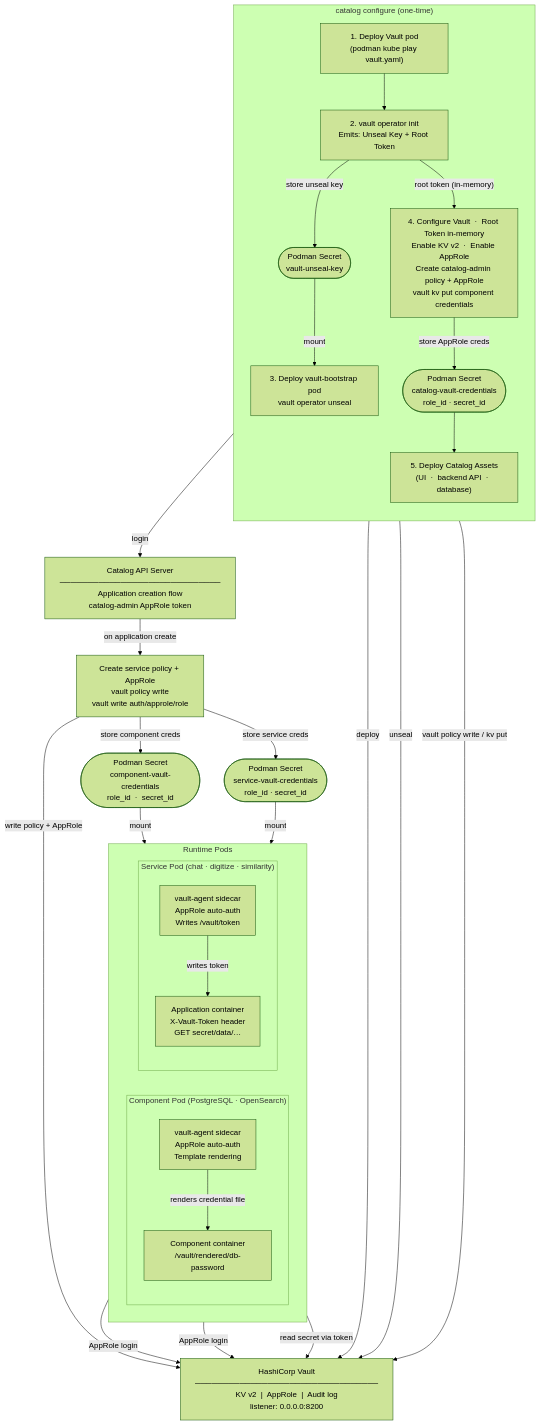
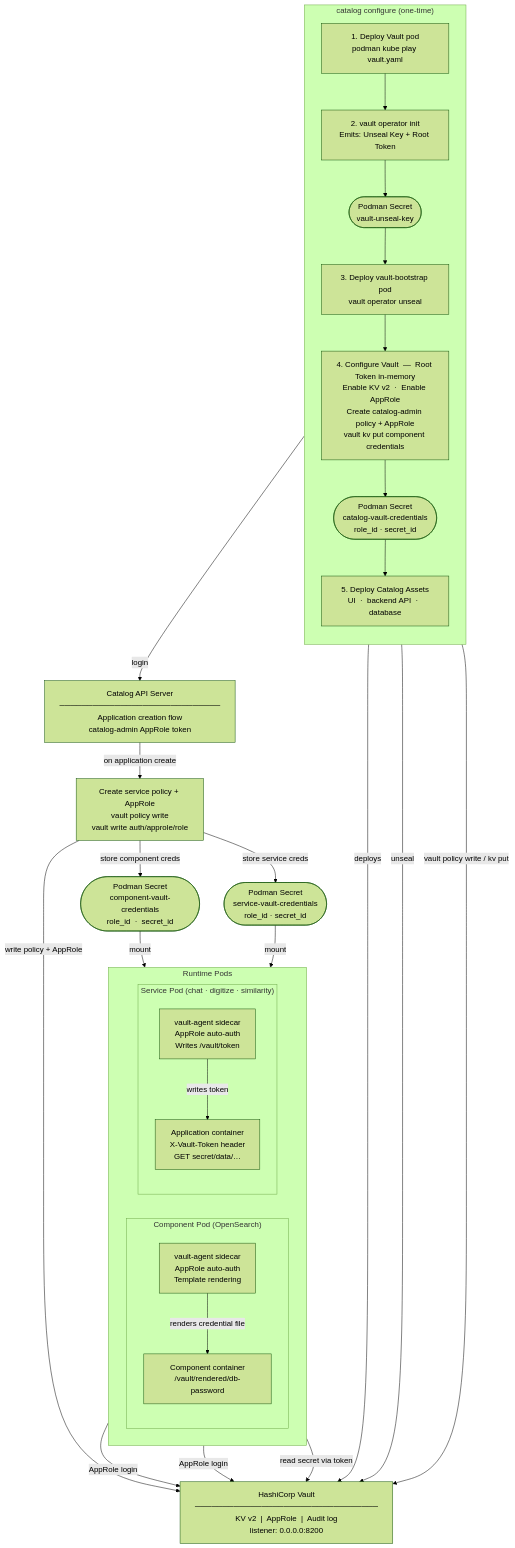
Before and after one commit to mayuka-c/project-ai-services: the diagram in docs/proposals/catalog/vault-secret-management-proposal.md, drawn with Mermaid (forest theme).

Commit message:
Update Architecture Overview - 2

````diff
--- a/docs/proposals/catalog/vault-secret-management-proposal.md
+++ b/docs/proposals/catalog/vault-secret-management-proposal.md
@@ -91,17 +91,23 @@
 ```mermaid
 flowchart TD
+    %% ── HashiCorp Vault — layout anchor ─────────────────────────
+    V["HashiCorp Vault
+─────────────────────────────────
+KV v2  |  AppRole  |  Audit log
+listener: 0.0.0.0:8200"]
+
     %% ── catalog configure — one-time setup ──────────────────────
     subgraph CC["catalog configure  (one-time)"]
         direction TB
         DEPLOY["1. Deploy Vault pod
-(podman kube play vault.yaml)"]
+podman kube play vault.yaml"]
         INIT["2. vault operator init
 Emits: Unseal Key + Root Token"]
         PS_UK(["Podman Secret
 vault-unseal-key"])
         BP["3. Deploy vault-bootstrap pod
 vault operator unseal"]
-        CFG["4. Configure Vault  ·  Root Token in-memory
+        CFG["4. Configure Vault  —  Root Token in-memory
 Enable KV v2  ·  Enable AppRole
 Create catalog-admin policy + AppRole
 vault kv put component credentials"]
@@ -109,23 +115,17 @@
 catalog-vault-credentials
 role_id  ·  secret_id"])
         ASSETS["5. Deploy Catalog Assets
-(UI  ·  backend API  ·  database)"]
+UI  ·  backend API  ·  database"]
 
         DEPLOY --> INIT
-        INIT   -->|"store unseal key"| PS_UK
-        PS_UK  -->|mount| BP
-        INIT   -->|"root token (in-memory)"| CFG
-        CFG    -->|"store AppRole creds"| PS_CAT
+        INIT   --> PS_UK
+        PS_UK  --> BP
+        BP     --> CFG
+        CFG    --> PS_CAT
         PS_CAT --> ASSETS
     end
 
-    %% ── HashiCorp Vault — central store ─────────────────────────
-    V["HashiCorp Vault
-─────────────────────────────────
-KV v2  |  AppRole  |  Audit log
-listener: 0.0.0.0:8200"]
-
-    DEPLOY -->|"deploy"| V
+    DEPLOY -->|"deploys"| V
     BP     -->|"unseal"| V
     CFG    -->|"vault policy write / kv put"| V
 
@@ -154,7 +154,7 @@
     subgraph PODS["Runtime Pods"]
         direction LR
 
-        subgraph COMP_POD["Component Pod  (PostgreSQL · OpenSearch)"]
+        subgraph COMP_POD["Component Pod  (OpenSearch)"]
             direction TB
             CVA["vault-agent sidecar
 AppRole auto-auth
````
